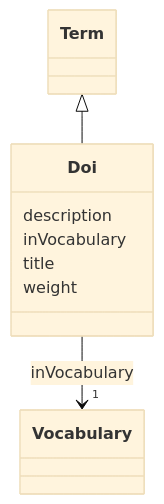
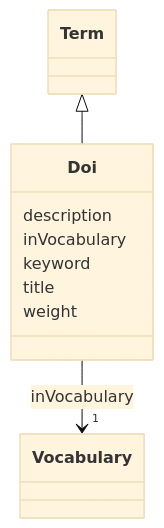
One commit to EVORA-project/evora-ontology changed the diagram in models/docs/Doi.md. Above: the diagram before and after it, drawn with Mermaid (base theme). The commit also changed other lines of this file and 402 other files, not shown here.

````diff
--- a/models/docs/Doi.md
+++ b/models/docs/Doi.md
@@ -19,24 +19,26 @@
 ```mermaid
  classDiagram
     class Doi
     click Doi href "../Doi"
       Term <|-- Doi
         click Term href "../Term"
       
       Doi : description
         
       Doi : inVocabulary
         
           
     
     
     Doi --> "1" Vocabulary : inVocabulary
     click Vocabulary href "../Vocabulary"
 
         
+      Doi : keyword
+        
       Doi : title
         
       Doi : weight
         
       
 ```
````
